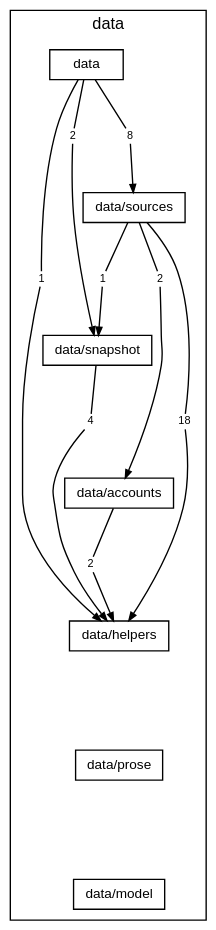
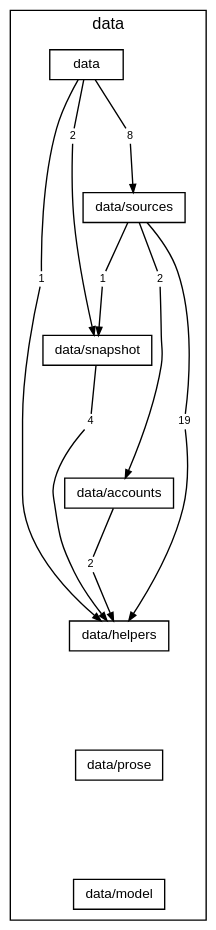
One commit to TheAxeC/oculus changed the diagram in docs/diagrams/layer-data.dot. Above: the diagram before and after it, drawn with Graphviz. The commit also changed 39 other files, not shown here.

```diff
--- a/docs/diagrams/layer-data.dot
+++ b/docs/diagrams/layer-data.dot
@@ -1,45 +1,45 @@
 digraph layer_data {
     graph [bgcolor="transparent", rankdir=TB, newrank=true, fontname="Helvetica,Arial,sans-serif", fontsize=12, nodesep=0.2, ranksep=0.5];
     node [shape=box, color="black", fontcolor="black", fontname="Helvetica,Arial,sans-serif", fontsize=10, height=0.3, margin="0.12,0.04"];
     edge [color="black", fontcolor="black", fontname="Helvetica,Arial,sans-serif", fontsize=8, arrowsize=0.6];
     subgraph "cluster_data" {
         label="data"; style=solid;
         "folder data" [label="data"];
         "folder data/sources" [label="data/sources"];
         "folder data/snapshot" [label="data/snapshot"];
         "folder data/accounts" [label="data/accounts"];
         "folder data/helpers" [label="data/helpers"];
         "folder data/prose" [label="data/prose"];
         "folder data/model" [label="data/model"];
         "folder data to folder data/helpers" [label="1", shape=box, color="transparent", fontsize=8, width=0, height=0, margin="0.04,0.02"];
         "folder data to folder data/snapshot" [label="2", shape=box, color="transparent", fontsize=8, width=0, height=0, margin="0.04,0.02"];
         "folder data to folder data/sources" [label="8", shape=box, color="transparent", fontsize=8, width=0, height=0, margin="0.04,0.02"];
         "folder data/sources to folder data/accounts" [label="2", shape=box, color="transparent", fontsize=8, width=0, height=0, margin="0.04,0.02"];
-        "folder data/sources to folder data/helpers" [label="18", shape=box, color="transparent", fontsize=8, width=0, height=0, margin="0.04,0.02"];
+        "folder data/sources to folder data/helpers" [label="19", shape=box, color="transparent", fontsize=8, width=0, height=0, margin="0.04,0.02"];
         "folder data/sources to folder data/snapshot" [label="1", shape=box, color="transparent", fontsize=8, width=0, height=0, margin="0.04,0.02"];
         "folder data/snapshot to folder data/helpers" [label="4", shape=box, color="transparent", fontsize=8, width=0, height=0, margin="0.04,0.02"];
         "folder data/accounts to folder data/helpers" [label="2", shape=box, color="transparent", fontsize=8, width=0, height=0, margin="0.04,0.02"];
     }
     "folder data" -> "folder data/sources" [style=invis, weight=10, minlen=2];
     "folder data/sources" -> "folder data/snapshot" [style=invis, weight=10, minlen=2];
     "folder data/snapshot" -> "folder data/accounts" [style=invis, weight=10, minlen=2];
     "folder data/accounts" -> "folder data/helpers" [style=invis, weight=10, minlen=2];
     "folder data/helpers" -> "folder data/prose" [style=invis, weight=10, minlen=2];
     "folder data/prose" -> "folder data/model" [style=invis, weight=10, minlen=2];
     "folder data" -> "folder data to folder data/helpers" [arrowhead=none, minlen=3, weight=10];
     "folder data to folder data/helpers" -> "folder data/helpers" [];
     "folder data" -> "folder data to folder data/snapshot" [arrowhead=none, minlen=1, weight=10];
     "folder data to folder data/snapshot" -> "folder data/snapshot" [];
     "folder data" -> "folder data to folder data/sources" [arrowhead=none, minlen=1, weight=10];
     "folder data to folder data/sources" -> "folder data/sources" [];
     "folder data/sources" -> "folder data/sources to folder data/accounts" [arrowhead=none, minlen=1, weight=10];
     "folder data/sources to folder data/accounts" -> "folder data/accounts" [];
     "folder data/sources" -> "folder data/sources to folder data/helpers" [arrowhead=none, minlen=3, weight=10];
     "folder data/sources to folder data/helpers" -> "folder data/helpers" [];
     "folder data/sources" -> "folder data/sources to folder data/snapshot" [arrowhead=none, minlen=1, weight=10];
     "folder data/sources to folder data/snapshot" -> "folder data/snapshot" [];
     "folder data/snapshot" -> "folder data/snapshot to folder data/helpers" [arrowhead=none, minlen=1, weight=10];
     "folder data/snapshot to folder data/helpers" -> "folder data/helpers" [];
     "folder data/accounts" -> "folder data/accounts to folder data/helpers" [arrowhead=none, minlen=1, weight=10];
     "folder data/accounts to folder data/helpers" -> "folder data/helpers" [];
 }
```
